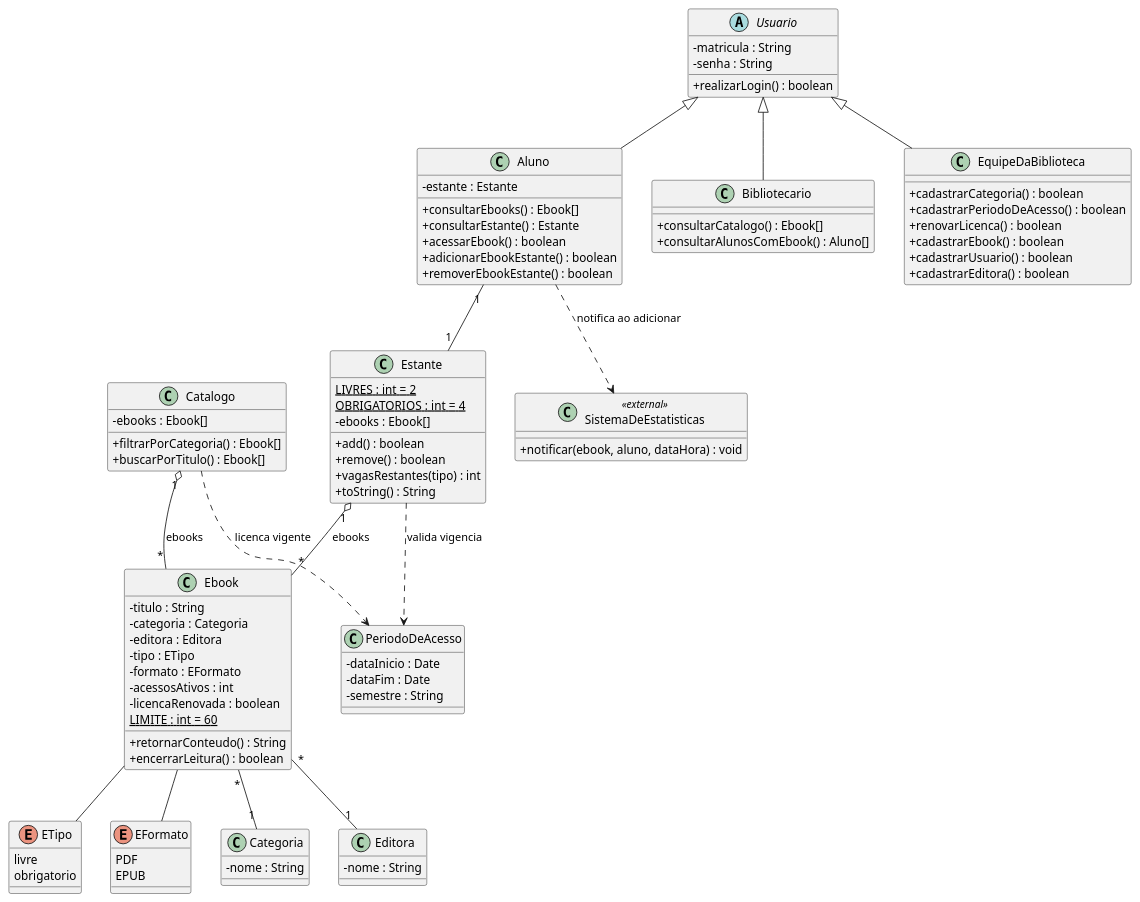
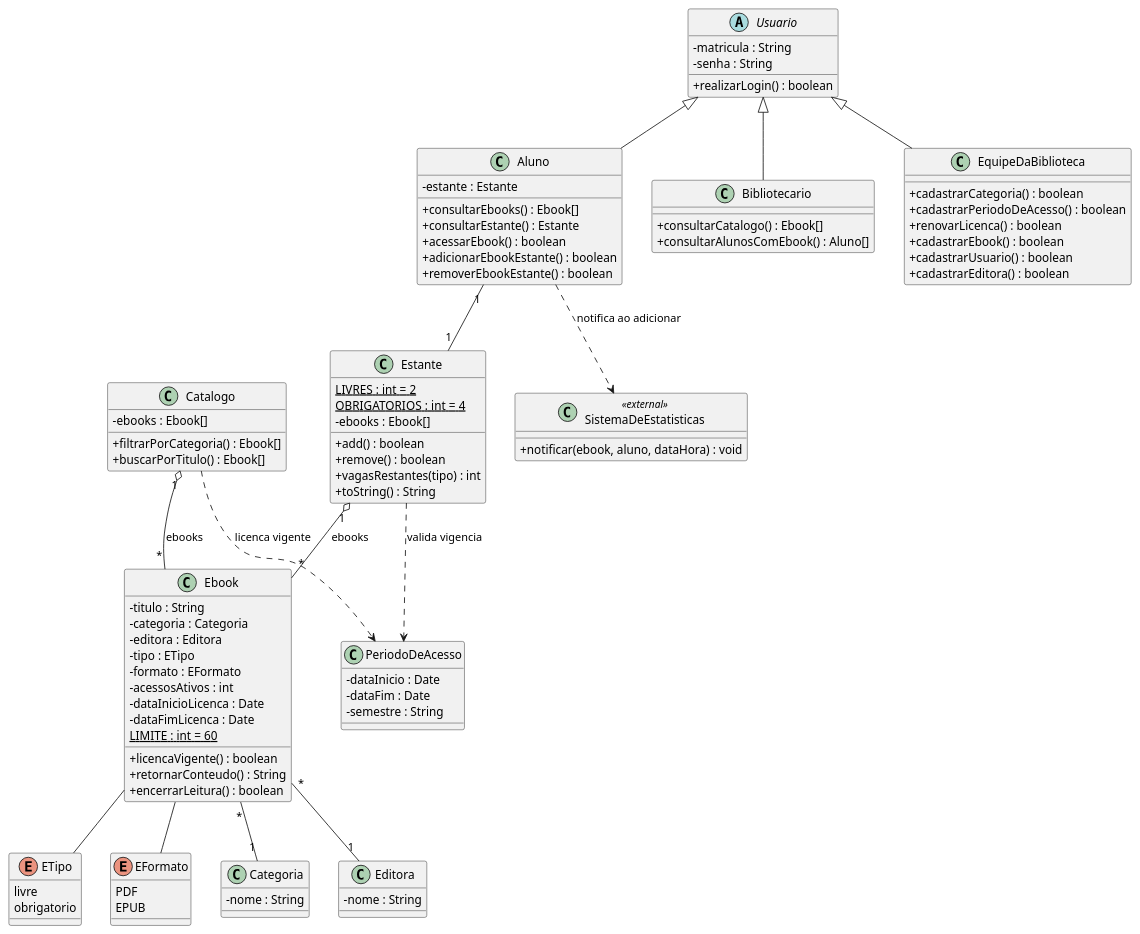
One commit to Aklages/lab01-ebooks-biblioteca changed the diagram in docs/diagramas/classes.puml. Above: the diagram before and after it, drawn with PlantUML. The commit also changed 1 other file, not shown here.

```diff
--- a/docs/diagramas/classes.puml
+++ b/docs/diagramas/classes.puml
@@ -1,121 +1,123 @@
 @startuml classes_ebooks
 ' =====================================================================
 ' Sistema de Gestao de eBooks da Biblioteca Universitaria
 ' Diagrama de Classes - Lab01S01
 ' Fonte versionada em docs/diagramas/classes.puml
 ' =====================================================================
 
 skinparam classAttributeIconSize 0
 skinparam shadowing false
 
 ' ============================ ATORES / USUARIOS =======================
 abstract class Usuario {
   - matricula : String
   - senha : String
   + realizarLogin() : boolean
 }
 
 class Aluno {
   - estante : Estante
   + consultarEbooks() : Ebook[]
   + consultarEstante() : Estante
   + acessarEbook() : boolean
   + adicionarEbookEstante() : boolean
   + removerEbookEstante() : boolean
 }
 
 class Bibliotecario {
   + consultarCatalogo() : Ebook[]
   + consultarAlunosComEbook() : Aluno[]
 }
 
 class EquipeDaBiblioteca {
   + cadastrarCategoria() : boolean
   + cadastrarPeriodoDeAcesso() : boolean
   + renovarLicenca() : boolean
   + cadastrarEbook() : boolean
   + cadastrarUsuario() : boolean
   + cadastrarEditora() : boolean
 }
 
 Usuario <|-- Aluno
 Usuario <|-- Bibliotecario
 Usuario <|-- EquipeDaBiblioteca
 
 ' ============================== ACERVO =================================
 class Ebook {
   - titulo : String
   - categoria : Categoria
   - editora : Editora
   - tipo : ETipo
   - formato : EFormato
   - acessosAtivos : int
-  - licencaRenovada : boolean
+  - dataInicioLicenca : Date
+  - dataFimLicenca : Date
   {static} LIMITE : int = 60
+  + licencaVigente() : boolean
   + retornarConteudo() : String
   + encerrarLeitura() : boolean
 }
 
 enum ETipo {
   livre
   obrigatorio
 }
 
 enum EFormato {
   PDF
   EPUB
 }
 
 class Categoria {
   - nome : String
 }
 
 class Editora {
   - nome : String
 }
 
 Ebook "*" -- "1" Categoria
 Ebook "*" -- "1" Editora
 Ebook -- ETipo
 Ebook -- EFormato
 
 ' ========================== PERIODO DE ACESSO ===========================
 class PeriodoDeAcesso {
   - dataInicio : Date
   - dataFim : Date
   - semestre : String
 }
 
 ' ============================== ESTANTE =================================
 class Estante {
   {static} LIVRES : int = 2
   {static} OBRIGATORIOS : int = 4
   - ebooks : Ebook[]
   + add() : boolean
   + remove() : boolean
   + vagasRestantes(tipo) : int
   + toString() : String
 }
 
 Aluno "1" -- "1" Estante
 Estante "1" o-- "*" Ebook : ebooks
 Estante ..> PeriodoDeAcesso : valida vigencia
 
 ' ============================== CATALOGO =================================
 class Catalogo {
   - ebooks : Ebook[]
   + filtrarPorCategoria() : Ebook[]
   + buscarPorTitulo() : Ebook[]
 }
 
 Catalogo "1" o-- "*" Ebook : ebooks
 Catalogo ..> PeriodoDeAcesso : licenca vigente
 
 ' ======================== SISTEMA EXTERNO (ESTATISTICAS) =================
 class SistemaDeEstatisticas <<external>> {
   + notificar(ebook, aluno, dataHora) : void
 }
 
 Aluno ..> SistemaDeEstatisticas : notifica ao adicionar
 
 @enduml
```
